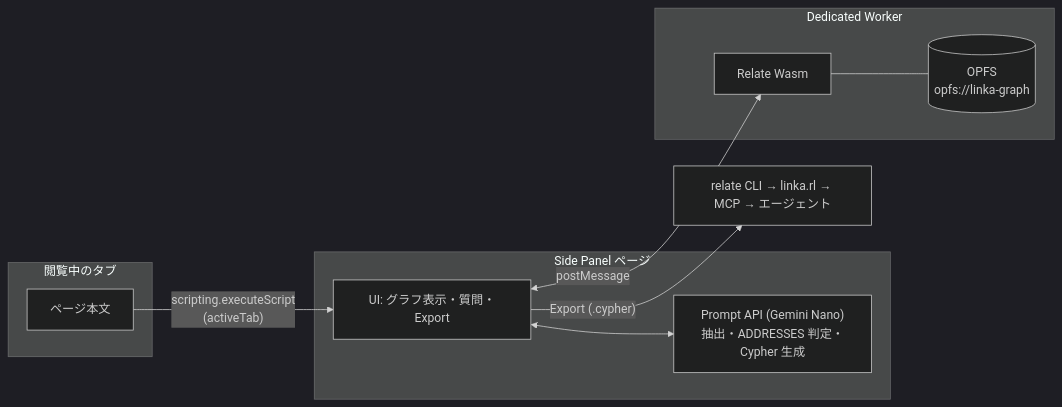
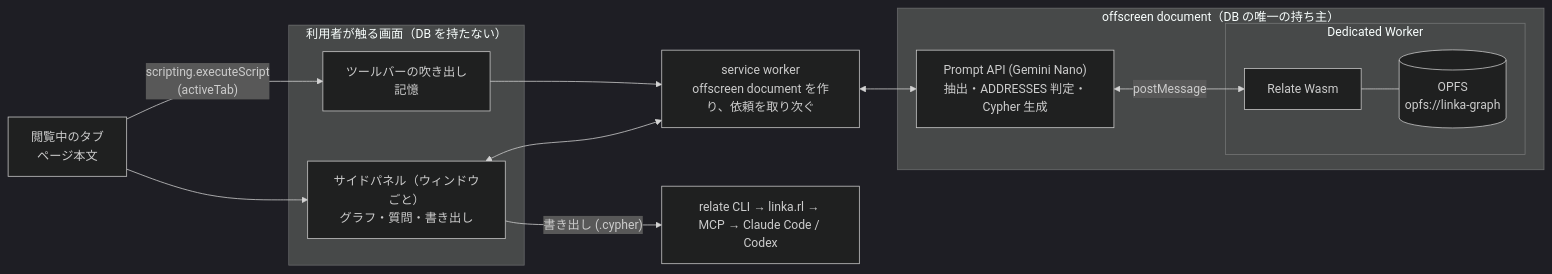
One commit to sumiredc/linka changed the second of 2 diagrams in PRD.md. Above: the diagram before and after it, drawn with Mermaid (dark theme). The commit also changed other lines of this file, not shown here.

First line of the commit message:
Update PRD for the offscreen database and toolbar clipping

````diff
--- a/PRD.md
+++ b/PRD.md
@@ -212,19 +219,24 @@
 ```mermaid
 flowchart LR
-  subgraph Tab["閲覧中のタブ"]
-    DOM["ページ本文"]
+  DOM["閲覧中のタブ<br/>ページ本文"]
+  subgraph Front["利用者が触る画面（DB を持たない）"]
+    Popup["ツールバーの吹き出し<br/>記憶"]
+    Panel["サイドパネル（ウィンドウごと）<br/>グラフ・質問・書き出し"]
   end
-  subgraph Panel["Side Panel ページ"]
-    UI["UI: グラフ表示・質問・Export"]
+  SW["service worker<br/>offscreen document を作り、依頼を取り次ぐ"]
+  subgraph Off["offscreen document（DB の唯一の持ち主）"]
     AI["Prompt API (Gemini Nano)<br/>抽出・ADDRESSES 判定・Cypher 生成"]
+    subgraph Worker["Dedicated Worker"]
+      DB["Relate Wasm"]
+      OPFS[("OPFS<br/>opfs://linka-graph")]
+    end
   end
-  subgraph Worker["Dedicated Worker"]
-    DB["Relate Wasm"]
-    OPFS[("OPFS<br/>opfs://linka-graph")]
-  end
-  DOM -->|"scripting.executeScript<br/>(activeTab)"| UI
-  UI <--> AI
-  UI <-->|postMessage| DB
+  DOM -->|"scripting.executeScript<br/>(activeTab)"| Popup
+  DOM --> Panel
+  Popup --> SW
+  Panel <--> SW
+  SW <--> AI
+  AI <-->|postMessage| DB
   DB --- OPFS
-  UI -->|"Export (.cypher)"| CLI["relate CLI → linka.rl → MCP → エージェント"]
+  Panel -->|"書き出し (.cypher)"| CLI["relate CLI → linka.rl → MCP → Claude Code / Codex"]
 ```
````
